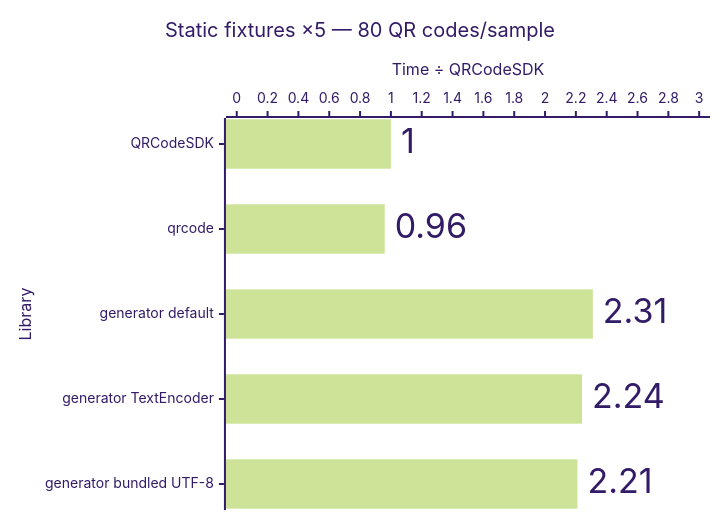
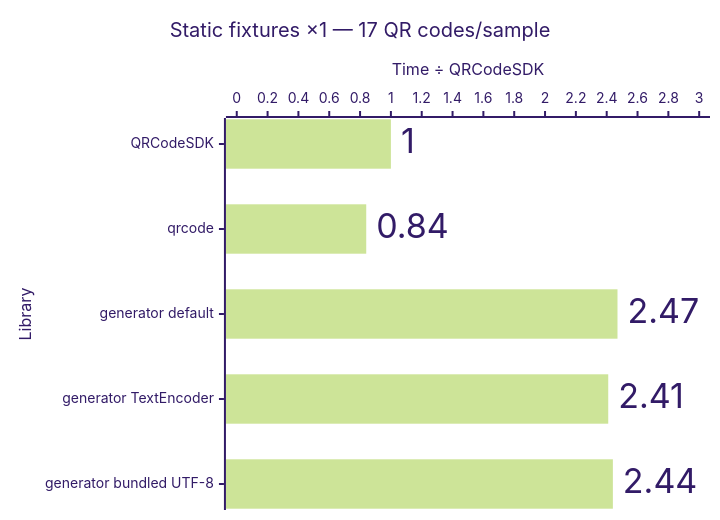
One commit to Dafnik/qrcodesdk changed the eighth of 11 diagrams in apps/docs/src/content/docs/learn/performance.md. Above: the diagram before and after it, drawn with Mermaid (forest theme). The commit also changed other lines of this file and 23 other files, not shown here.

````diff
--- a/apps/docs/src/content/docs/learn/performance.md
+++ b/apps/docs/src/content/docs/learn/performance.md
@@ -178,15 +193,15 @@
 ```mermaid
 ---
 config:
   xyChart:
     showDataLabel: true
     showDataLabelOutsideBar: true
 ---
 xychart horizontal
-  accTitle: SVG generation: Static fixtures ×5 — 80 QR codes/sample
-  accDescr: Relative median time compared with QRCodeSDK. QRCodeSDK 1.00 times, qrcode 0.96 times, generator default 2.31 times, generator TextEncoder 2.24 times, generator bundled UTF-8 2.21 times. Lower is better.
-  title "Static fixtures ×5 — 80 QR codes/sample"
+  accTitle: SVG generation: Static fixtures ×1 — 17 QR codes/sample
+  accDescr: Relative median time compared with QRCodeSDK. QRCodeSDK 1.00 times, qrcode 0.84 times, generator default 2.47 times, generator TextEncoder 2.41 times, generator bundled UTF-8 2.44 times. Lower is better.
+  title "Static fixtures ×1 — 17 QR codes/sample"
   x-axis "Library" ["QRCodeSDK", "qrcode", "generator default", "generator TextEncoder", "generator bundled UTF-8"]
   y-axis "Time ÷ QRCodeSDK" 0 --> 3.0
-  bar [1.00, 0.96, 2.31, 2.24, 2.21]
+  bar [1.00, 0.84, 2.47, 2.41, 2.44]
 ```
````
